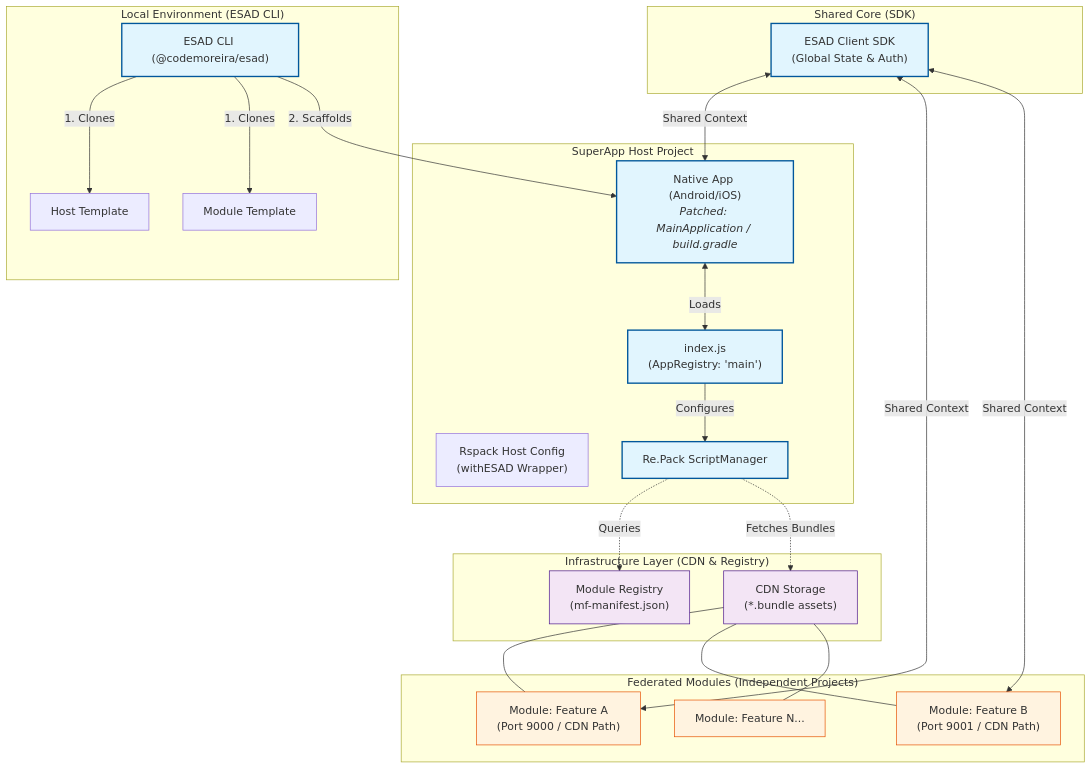
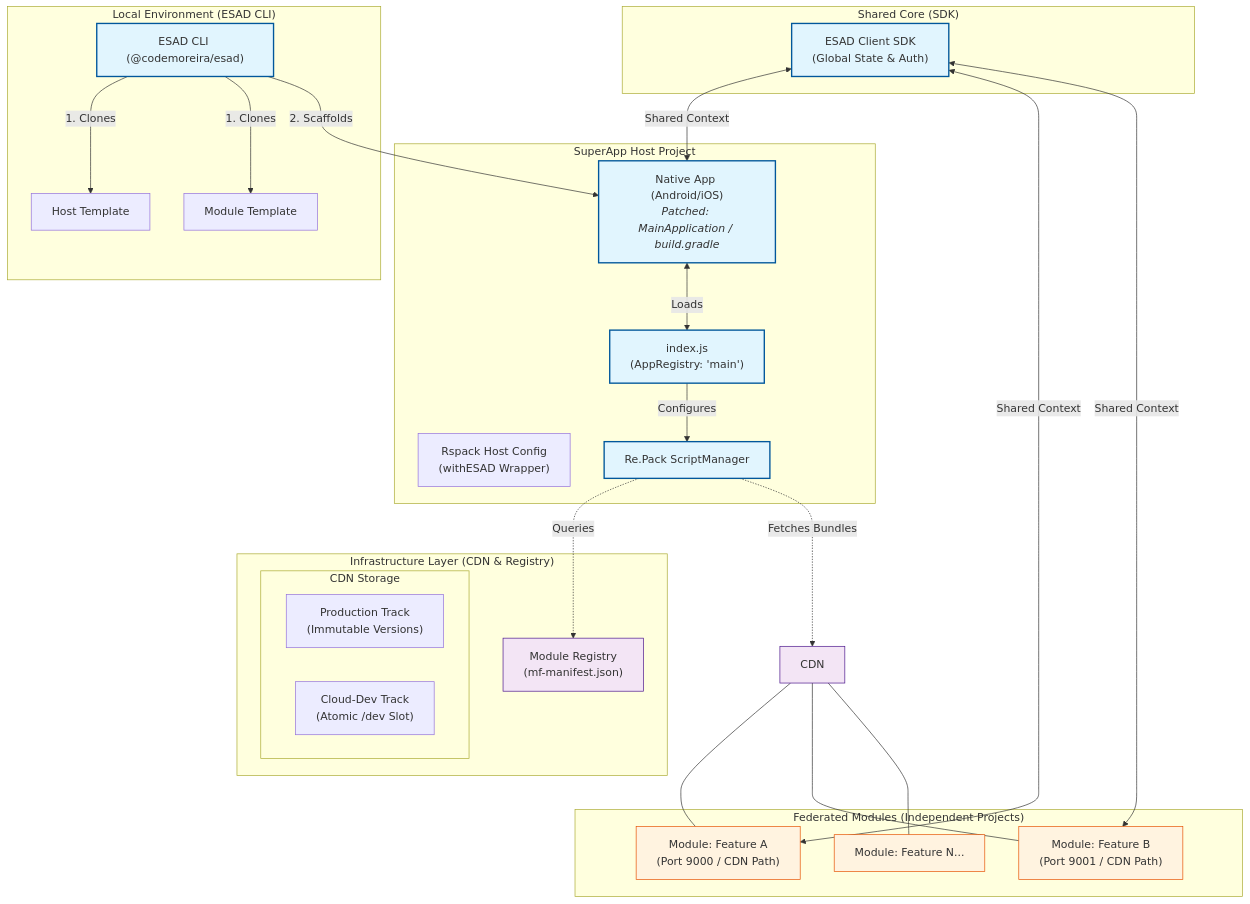
One commit to CodeMoreira/esad changed the first of 3 diagrams in ESAD_ARCHITECTURE.md. Above: the diagram before and after it, drawn with Mermaid. The commit also changed other lines of this file, not shown here.

Commit message:
docs: update architecture for v1.4.1 (Dev-Cloud & Auto-Sync)

````diff
--- a/ESAD_ARCHITECTURE.md
+++ b/ESAD_ARCHITECTURE.md
@@ -10,59 +10,62 @@
 ```mermaid
 graph TB
     subgraph "Local Environment (ESAD CLI)"
         CLI["ESAD CLI (@codemoreira/esad)"]
         T_Host["Host Template"]
         T_Mod["Module Template"]
     end
 
     subgraph "Infrastructure Layer (CDN & Registry)"
         REG["Module Registry<br/>(mf-manifest.json)"]
-        CDN["CDN Storage<br/>(*.bundle assets)"]
+        subgraph "CDN Storage"
+            CDN_Prod["Production Track<br/>(Immutable Versions)"]
+            CDN_Dev["Cloud-Dev Track<br/>(Atomic /dev Slot)"]
+        end
     end
 
     subgraph "SuperApp Host Project"
         H_Native["Native App (Android/iOS)<br/><i>Patched: MainApplication / build.gradle</i>"]
         H_Rspack["Rspack Host Config<br/>(withESAD Wrapper)"]
         H_Entry["index.js<br/>(AppRegistry: 'main')"]
         H_SM["Re.Pack ScriptManager"]
     end
 
     subgraph "Federated Modules (Independent Projects)"
         Mod_1["Module: Feature A<br/>(Port 9000 / CDN Path)"]
         Mod_2["Module: Feature B<br/>(Port 9001 / CDN Path)"]
         Mod_N["Module: Feature N..."]
     end
 
     subgraph "Shared Core (SDK)"
         SDK["ESAD Client SDK<br/>(Global State & Auth)"]
     end
 
     %% Scaffolding
     CLI -->|1. Clones| T_Host
     CLI -->|1. Clones| T_Mod
     CLI -->|2. Scaffolds| H_Native
     
     %% Host Execution
     H_Native <-->|Loads| H_Entry
     H_Entry -->|Configures| H_SM
     H_SM -.->|Queries| REG
     H_SM -.->|Fetches Bundles| CDN
     
     %% Module Loading
     CDN --- Mod_1
     CDN --- Mod_2
     CDN --- Mod_N
     
     %% Communication
     SDK <-->|Shared Context| H_Native
     SDK <-->|Shared Context| Mod_1
     SDK <-->|Shared Context| Mod_2
 
     classDef core fill:#e1f5fe,stroke:#01579b,stroke-width:2px;
     classDef infra fill:#f3e5f5,stroke:#4a148c,stroke-width:1px;
     classDef module fill:#fff3e0,stroke:#e65100,stroke-width:1px;
     
     class CLI,H_Native,H_Entry,H_SM,Config,SDK core;
     class REG,CDN infra;
     class Mod_1,Mod_2,Mod_N module;
 ```
````
